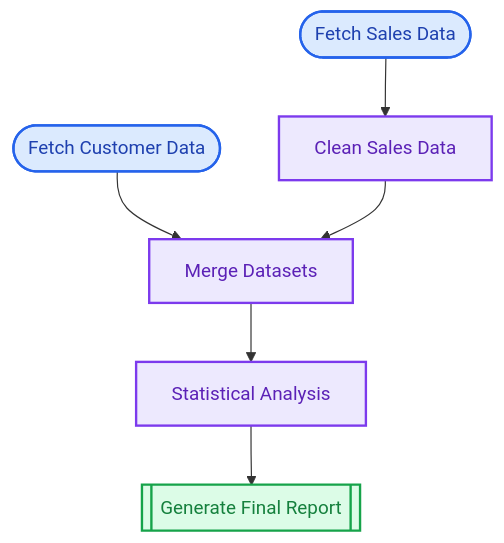
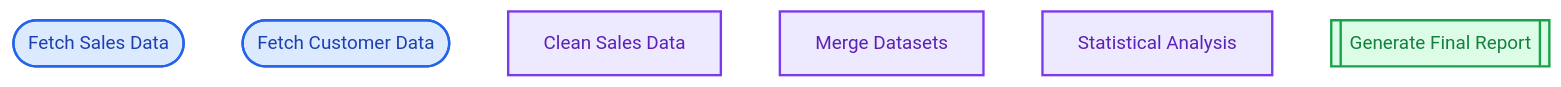
One commit to pjt222/putior changed the fourth of 14 diagrams in README.md. Above: the diagram before and after it, drawn with Mermaid. The commit also changed other lines of this file and 3 other files, not shown here.

````diff
--- a/README.md
+++ b/README.md
@@ -203,22 +211,20 @@
 ```mermaid
 flowchart TD
     fetch_sales([Fetch Sales Data])
     fetch_customers([Fetch Customer Data])
     clean_sales[Clean Sales Data]
     merge_data[Merge Datasets]
     analyze[Statistical Analysis]
     report[[Generate Final Report]]
 
-    fetch_sales --> clean_sales
-    fetch_customers --> merge_data
-    clean_sales --> merge_data
-    merge_data --> analyze
-    analyze --> report
-    
+    %% Styling
     classDef inputStyle fill:#dbeafe,stroke:#2563eb,stroke-width:2px,color:#1e40af
+    class fetch_sales inputStyle
+    class fetch_customers inputStyle
     classDef processStyle fill:#ede9fe,stroke:#7c3aed,stroke-width:2px,color:#5b21b6
+    class clean_sales processStyle
+    class merge_data processStyle
+    class analyze processStyle
     classDef outputStyle fill:#dcfce7,stroke:#16a34a,stroke-width:2px,color:#15803d
-    class fetch_sales,fetch_customers inputStyle
-    class clean_sales,merge_data,analyze processStyle
     class report outputStyle
 ```
````
